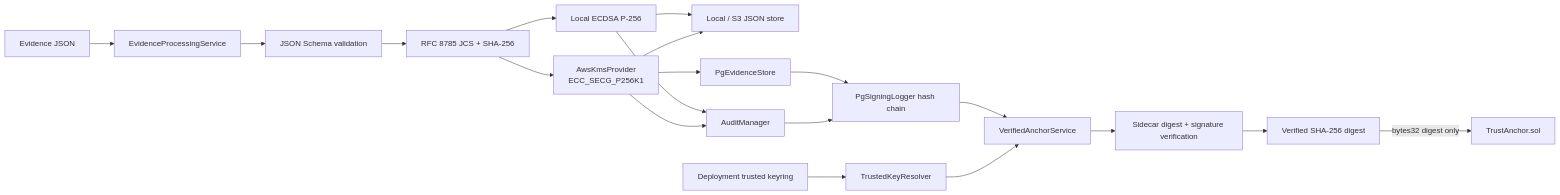
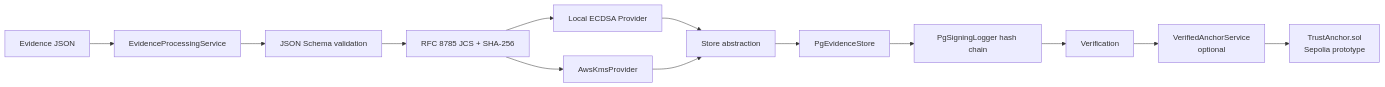
One commit to kognavi/tanden-trust-audit-poc changed the second of 3 diagrams in docs/architecture-diagram.md. Above: the diagram before and after it, drawn with Mermaid. The commit also changed other lines of this file and 13 other files, not shown here.

````diff
--- a/docs/architecture-diagram.md
+++ b/docs/architecture-diagram.md
@@ -5,21 +25,15 @@
-```mermaid
+~~~mermaid
 flowchart LR
     E[Evidence JSON] --> PS[EvidenceProcessingService]
     PS --> V[JSON Schema validation]
     V --> C[RFC 8785 JCS + SHA-256]
-    C --> LS[Local ECDSA P-256]
-    C --> KS[AwsKmsProvider<br/>ECC_SECG_P256K1]
-    LS --> ST[Local / S3 JSON store]
+    C --> LS[Local ECDSA Provider]
+    C --> KS[AwsKmsProvider]
+    LS --> ST[Store abstraction]
     KS --> ST
-    KS --> PG[PgEvidenceStore]
-    PG --> PL
-    LS --> AM[AuditManager]
-    KS --> AM
-    AM --> PL[PgSigningLogger hash chain]
-    PL --> VA[VerifiedAnchorService]
-    TK[Deployment trusted keyring] --> KR[TrustedKeyResolver]
-    KR --> VA
-    VA --> VF[Sidecar digest + signature verification]
-    VF --> VD[Verified SHA-256 digest]
-    VD -->|bytes32 digest only| WA[TrustAnchor.sol]
-```
+    ST --> PG[PgEvidenceStore]
+    PG --> PL[PgSigningLogger hash chain]
+    PL --> VF[Verification]
+    VF --> VA[VerifiedAnchorService<br/>optional]
+    VA --> WA[TrustAnchor.sol<br/>Sepolia prototype]
+~~~
````
